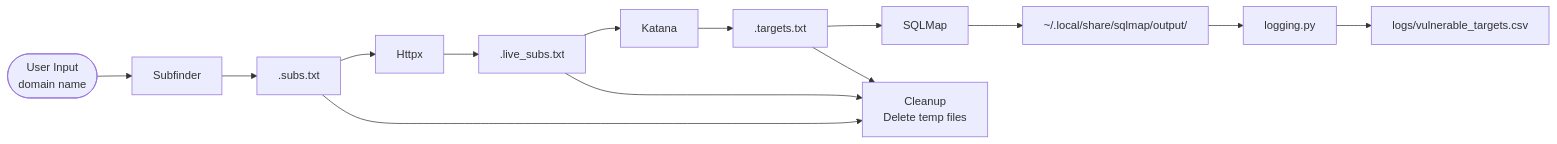
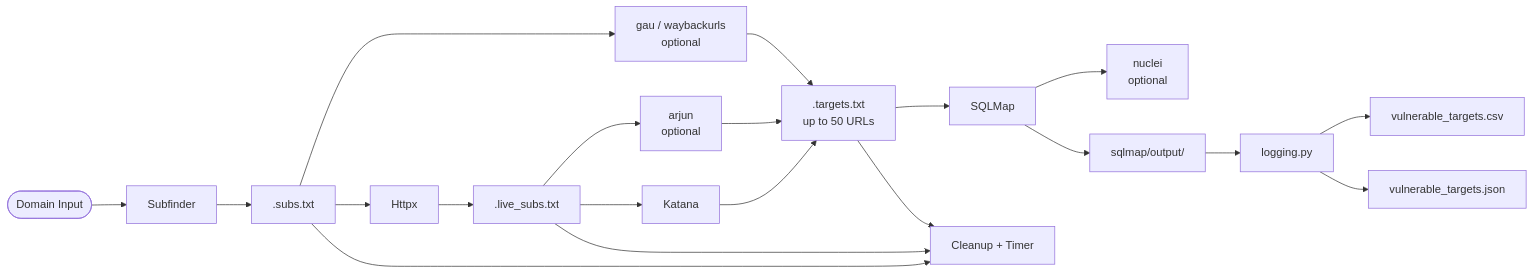
One commit to syed-sameer-ul-hassan/SQL-Easy changed diagram 12 of 14 in README.md. Above: the diagram before and after it, drawn with Mermaid. The commit also changed other lines of this file and 26 other files, not shown here.

````diff
--- a/README.md
+++ b/README.md
@@ -234,14 +487,18 @@
 ```mermaid
 flowchart LR
-    IN([User Input\ndomain name]) --> A[Subfinder]
-    A --> F1[.subs.txt]
-    F1 --> B[Httpx]
-    B --> F2[.live_subs.txt]
-    F2 --> C[Katana]
-    C --> F3[.targets.txt]
-    F3 --> D[SQLMap]
-    D --> F4[~/.local/share/sqlmap/output/]
-    F4 --> E[logging.py]
-    E --> F5[logs/vulnerable_targets.csv]
-    F3 & F1 & F2 --> CLEAN[Cleanup\nDelete temp files]
+    IN([Domain Input]) --> SF[Subfinder]
+    SF --> F1[.subs.txt]
+    F1 --> GAU[gau / waybackurls\noptional]
+    F1 --> HX[Httpx]
+    HX --> F2[.live_subs.txt]
+    F2 --> ARJ[arjun\noptional]
+    F2 --> KT[Katana]
+    GAU & ARJ & KT --> F3[.targets.txt\nup to 50 URLs]
+    F3 --> SM[SQLMap]
+    SM --> NUC[nuclei\noptional]
+    SM --> F4[sqlmap/output/]
+    F4 --> LG[logging.py]
+    LG --> CSV[vulnerable_targets.csv]
+    LG --> JSON[vulnerable_targets.json]
+    F3 & F1 & F2 --> CLEAN[Cleanup + Timer]
 ```
````
